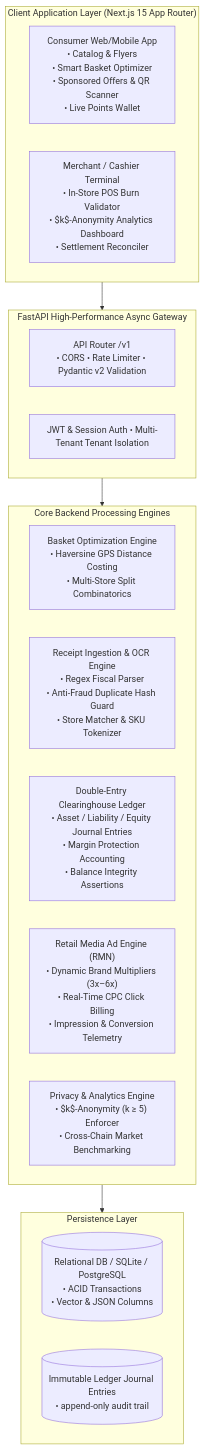
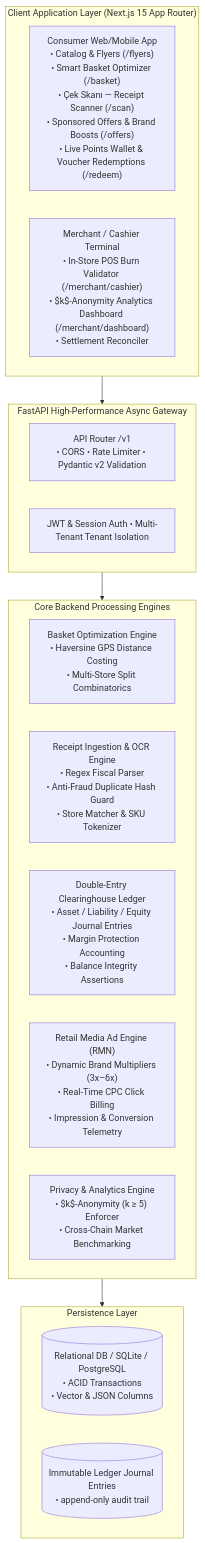
One commit to Ali0lo/Sebet changed the first of 4 diagrams in docs/TECHNICAL_PRESENTATION.md. Above: the diagram before and after it, drawn with Mermaid. The commit also changed other lines of this file and 1 other file, not shown here.

````diff
--- a/docs/TECHNICAL_PRESENTATION.md
+++ b/docs/TECHNICAL_PRESENTATION.md
@@ -22,29 +22,29 @@
 ```mermaid
 flowchart TB
     subgraph ClientLayer ["Client Application Layer (Next.js 15 App Router)"]
-        ConsumerApp["Consumer Web/Mobile App\n• Catalog & Flyers\n• Smart Basket Optimizer\n• Sponsored Offers & QR Scanner\n• Live Points Wallet"]
-        MerchantPortal["Merchant / Cashier Terminal\n• In-Store POS Burn Validator\n• $k$-Anonymity Analytics Dashboard\n• Settlement Reconciler"]
+        ConsumerApp["Consumer Web/Mobile App\n• Catalog & Flyers (/flyers)\n• Smart Basket Optimizer (/basket)\n• Çek Skanı — Receipt Scanner (/scan)\n• Sponsored Offers & Brand Boosts (/offers)\n• Live Points Wallet & Voucher Redemptions (/redeem)"]
+        MerchantPortal["Merchant / Cashier Terminal\n• In-Store POS Burn Validator (/merchant/cashier)\n• $k$-Anonymity Analytics Dashboard (/merchant/dashboard)\n• Settlement Reconciler"]
     end
 
     subgraph GatewayAPI ["FastAPI High-Performance Async Gateway"]
         APIRouter["API Router /v1\n• CORS • Rate Limiter • Pydantic v2 Validation"]
         AuthMiddleware["JWT & Session Auth • Multi-Tenant Tenant Isolation"]
     end
 
     subgraph CoreEngines ["Core Backend Processing Engines"]
         BasketOptimizer["Basket Optimization Engine\n• Haversine GPS Distance Costing\n• Multi-Store Split Combinatorics"]
         ReceiptEngine["Receipt Ingestion & OCR Engine\n• Regex Fiscal Parser\n• Anti-Fraud Duplicate Hash Guard\n• Store Matcher & SKU Tokenizer"]
         LedgerService["Double-Entry Clearinghouse Ledger\n• Asset / Liability / Equity Journal Entries\n• Margin Protection Accounting\n• Balance Integrity Assertions"]
         RetailMediaEngine["Retail Media Ad Engine (RMN)\n• Dynamic Brand Multipliers (3x–6x)\n• Real-Time CPC Click Billing\n• Impression & Conversion Telemetry"]
         AnonymityEngine["Privacy & Analytics Engine\n• $k$-Anonymity (k ≥ 5) Enforcer\n• Cross-Chain Market Benchmarking"]
     end
 
     subgraph DataStorage ["Persistence Layer"]
         PrimaryDB[(Relational DB / SQLite / PostgreSQL\n• ACID Transactions\n• Vector & JSON Columns)]
         LedgerAuditLogs[(Immutable Ledger Journal Entries\n• append-only audit trail)]
     end
 
     ClientLayer --> GatewayAPI
     GatewayAPI --> CoreEngines
     CoreEngines --> DataStorage
 ```
````
